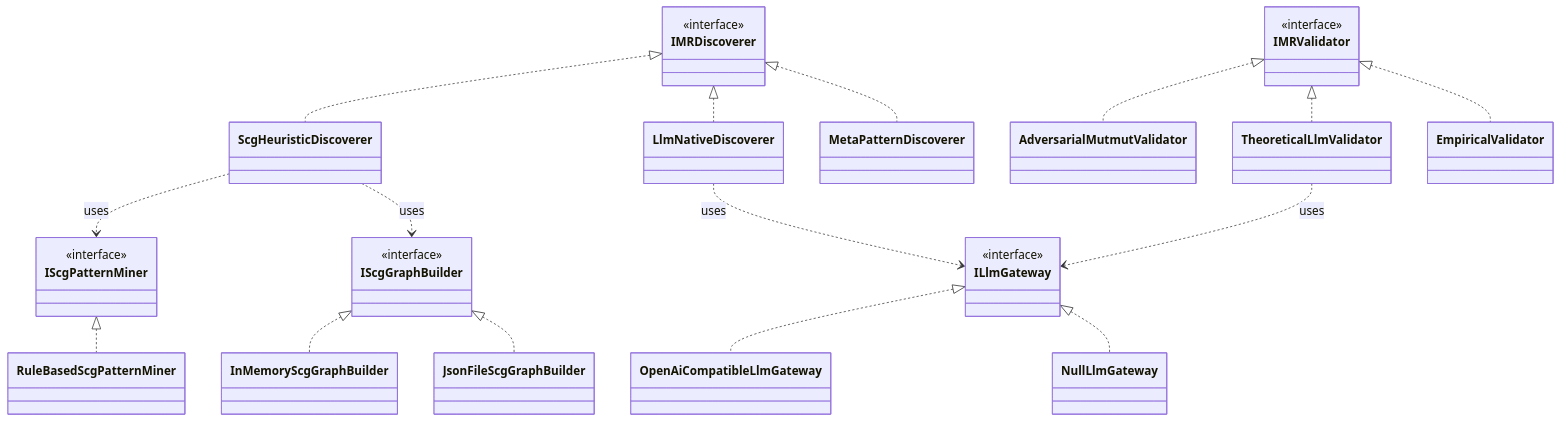
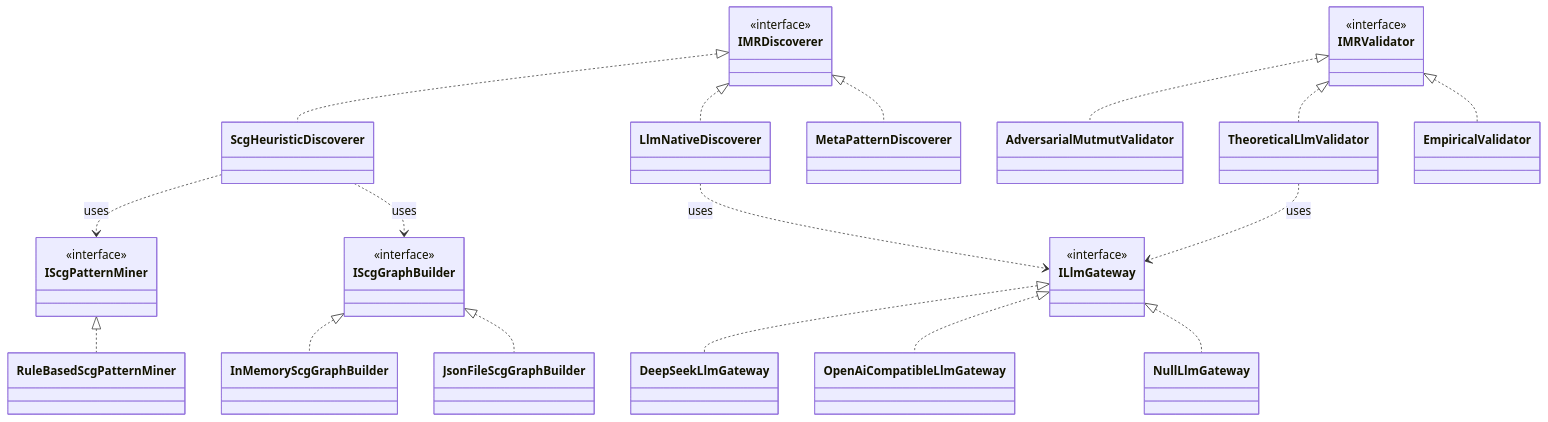
Before and after one commit to meng004/MetBench-V2.1.4_2: the fourth of 5 diagrams in docs/superpowers/plans/2026-05-22-systemmt-engine-unification-plan.md, drawn with Mermaid. The commit also changed other lines of this file and 11 other files, not shown here.

````diff
--- a/docs/superpowers/plans/2026-05-22-systemmt-engine-unification-plan.md
+++ b/docs/superpowers/plans/2026-05-22-systemmt-engine-unification-plan.md
@@ -145,38 +146,40 @@
 ```mermaid
 classDiagram
   class IMRDiscoverer { <<interface>> }
   class MetaPatternDiscoverer
   class LlmNativeDiscoverer
   class ScgHeuristicDiscoverer
   IMRDiscoverer <|.. MetaPatternDiscoverer
   IMRDiscoverer <|.. LlmNativeDiscoverer
   IMRDiscoverer <|.. ScgHeuristicDiscoverer
 
   class IMRValidator { <<interface>> }
   class EmpiricalValidator
   class TheoreticalLlmValidator
   class AdversarialMutmutValidator
   IMRValidator <|.. EmpiricalValidator
   IMRValidator <|.. TheoreticalLlmValidator
   IMRValidator <|.. AdversarialMutmutValidator
 
   class ILlmGateway { <<interface>> }
   class NullLlmGateway
   class OpenAiCompatibleLlmGateway
+  class DeepSeekLlmGateway
   ILlmGateway <|.. NullLlmGateway
   ILlmGateway <|.. OpenAiCompatibleLlmGateway
+  ILlmGateway <|.. DeepSeekLlmGateway
 
   class IScgGraphBuilder { <<interface>> }
   class IScgPatternMiner { <<interface>> }
   class JsonFileScgGraphBuilder
   class InMemoryScgGraphBuilder
   class RuleBasedScgPatternMiner
   IScgGraphBuilder <|.. JsonFileScgGraphBuilder
   IScgGraphBuilder <|.. InMemoryScgGraphBuilder
   IScgPatternMiner <|.. RuleBasedScgPatternMiner
 
   TheoreticalLlmValidator ..> ILlmGateway : uses
   LlmNativeDiscoverer ..> ILlmGateway : uses
   ScgHeuristicDiscoverer ..> IScgGraphBuilder : uses
   ScgHeuristicDiscoverer ..> IScgPatternMiner : uses
 ```
````
